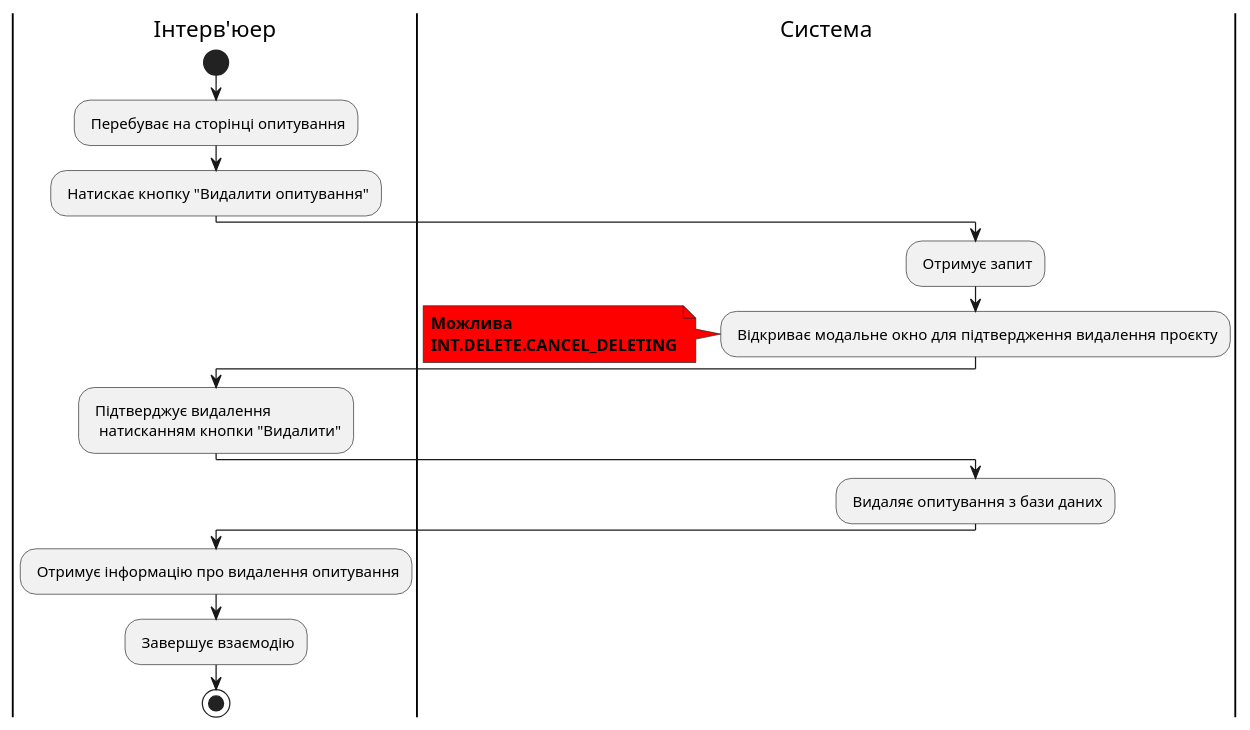
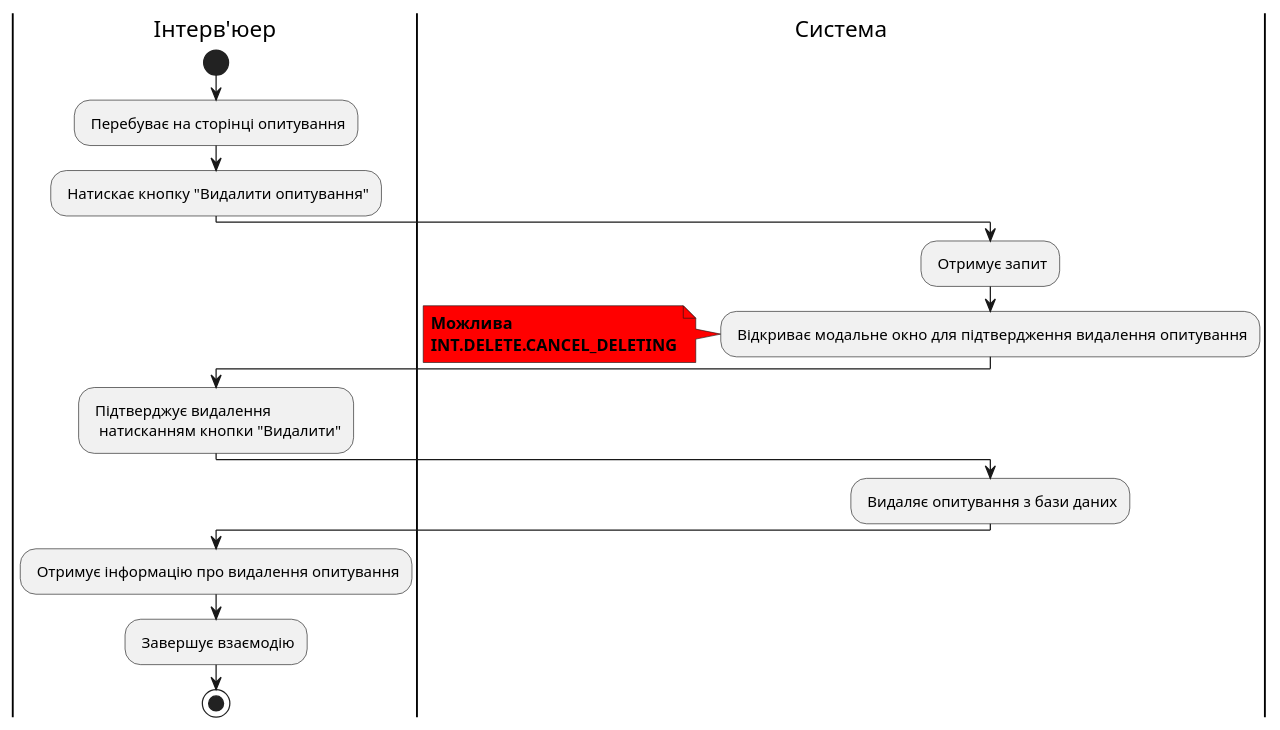
The ninth of 22 diagrams in docs/use cases/README.md (michigang1/ImForms), drawn with PlantUML before and after one commit. The commit also changed other lines of this file, not shown here.

Commit message:
Added some changes in diagrams of scenarios

```diff
--- a/docs/use cases/README.md
+++ b/docs/use cases/README.md
@@ -388,27 +389,27 @@
 @startuml
 
 |Інтерв'юер|
 start
 : Перебуває на сторінці опитування;
 : Натискає кнопку "Видалити опитування";
 
 |Система|
 : Отримує запит;
-: Відкриває модальне окно для підтвердження видалення проєкту;
+: Відкриває модальне окно для підтвердження видалення опитування;
 note left #ff0000
 <b>Можлива</b>
 <b>INT.DELETE.CANCEL_DELETING</b>
 end note
 
 |Інтерв'юер|
 : Підтверджує видалення
   натисканням кнопки "Видалити";
 
 |Система|
 : Видаляє опитування з бази даних;
 
 |Інтерв'юер|
 : Отримує інформацію про видалення опитування;
 : Завершує взаємодію;
 stop;
 @enduml
```
